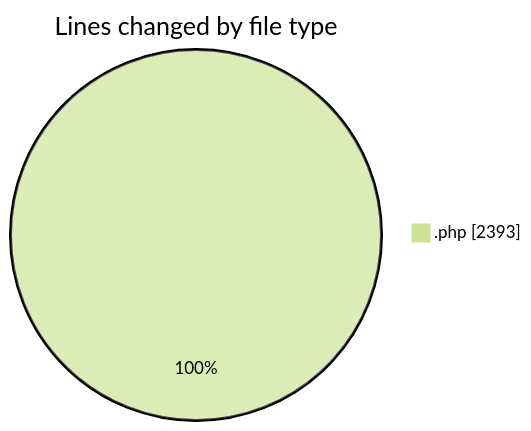
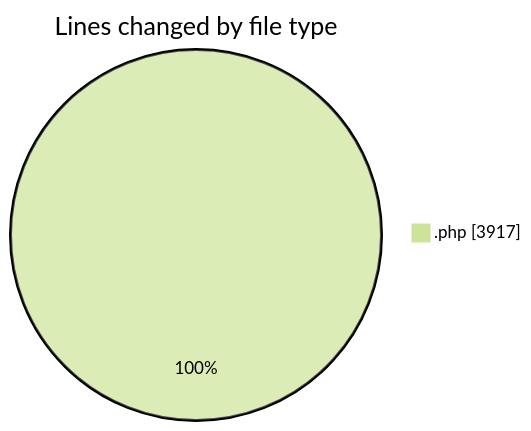
Before and after one commit to debugP/code-tracking: the first of 2 diagrams in 2025-10-20/untitled__workspace_/README.md, drawn with Mermaid (forest theme). The commit also changed other lines of this file and 1 other file, not shown here.

````diff
--- a/2025-10-20/untitled__workspace_/README.md
+++ b/2025-10-20/untitled__workspace_/README.md
@@ -21,5 +22,5 @@
 ```mermaid
 pie showData
 title Lines changed by file type
-".php" : 2393
+".php" : 3917
 ```
````
